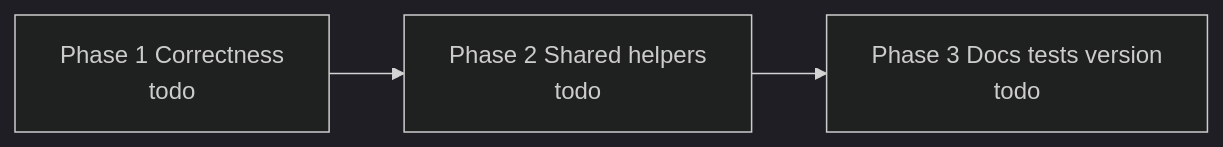
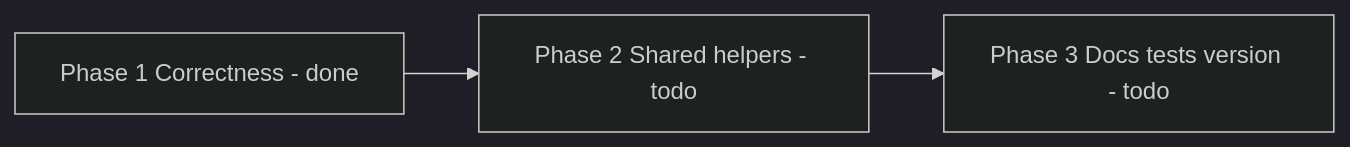
Before and after one commit to cluttered-code/godot-health-hitbox-hurtbox: the second of 7 diagrams in .cursor/plans/optimize_simplify_addon.md, drawn with Mermaid (dark theme). The commit also changed other lines of this file and 79 other files, not shown here.

````diff
--- a/.cursor/plans/optimize_simplify_addon.md
+++ b/.cursor/plans/optimize_simplify_addon.md
@@ -102,5 +102,5 @@
 ```mermaid
 flowchart LR
-  P1["Phase 1 Correctness<br/>todo"] --> P2["Phase 2 Shared helpers<br/>todo"]
-  P2 --> P3["Phase 3 Docs tests version<br/>todo"]
+  P1["Phase 1 Correctness - done"] --> P2["Phase 2 Shared helpers - todo"]
+  P2 --> P3["Phase 3 Docs tests version - todo"]
 ```
````
